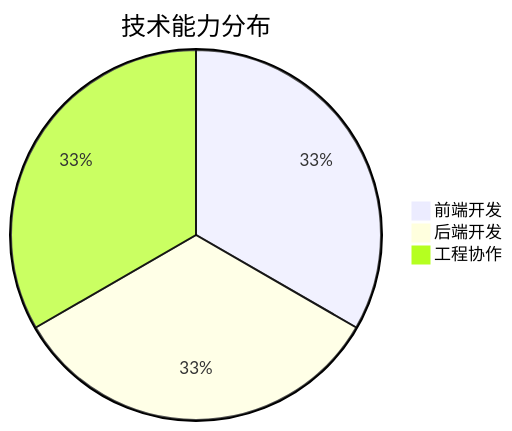
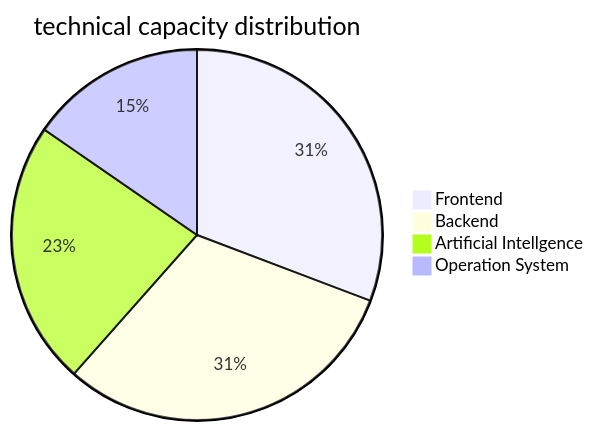
The diagram in README.md (geekmister/geekmister), drawn with Mermaid before and after one commit. The commit also changed other lines of this file, not shown here.

````diff
--- a/README.md
+++ b/README.md
@@ -65,6 +63,7 @@
 ```mermaid
-pie title 技术能力分布
-    "前端开发" : 4
-    "后端开发" : 4
-    "工程协作" : 4
+pie title technical capacity distribution
+    "Frontend" : 4
+    "Backend" : 4
+    "Artificial Intellgence" : 3
+    "Operation System" : 2
 ```
````
